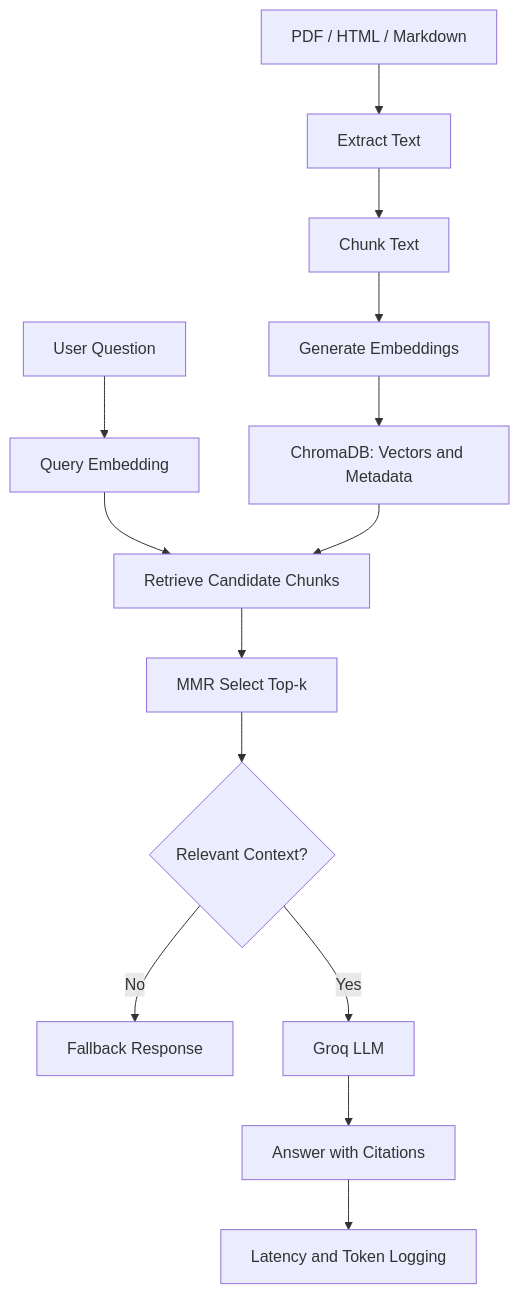
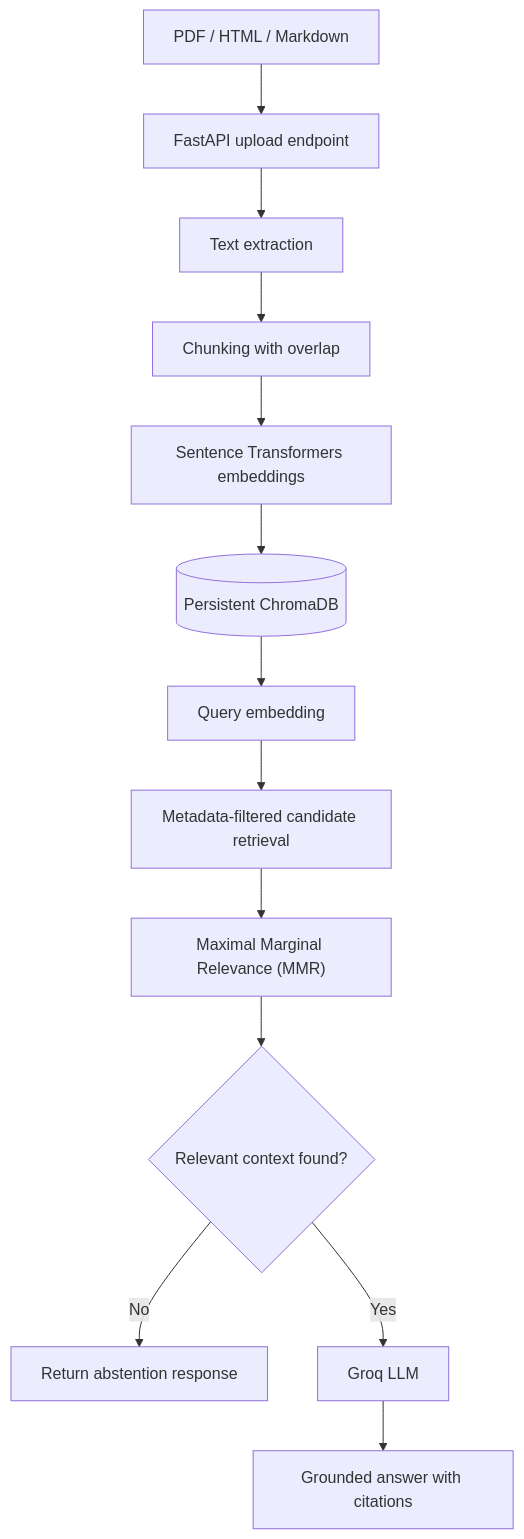
One commit to PriyanshuYadav000/cost-efficient-ragpipeline changed the diagram in README.md. Above: the diagram before and after it, drawn with Mermaid. The commit also changed other lines of this file and 5 other files, not shown here.

````diff
--- a/README.md
+++ b/README.md
@@ -34,17 +9,15 @@
 ```mermaid
 flowchart TD
-    A[PDF / HTML / Markdown] --> B[Extract Text]
-    B --> C[Chunk Text]
-    C --> D[Generate Embeddings]
-    D --> E[ChromaDB: Vectors and Metadata]
-
-    U[User Question] --> Q[Query Embedding]
-    Q --> R[Retrieve Candidate Chunks]
-    E --> R
-    R --> M[MMR Select Top-k]
-    M --> N{Relevant Context?}
-    N -->|No| F[Fallback Response]
-    N -->|Yes| L[Groq LLM]
-    L --> S[Answer with Citations]
-    S --> T[Latency and Token Logging]
+    A["PDF / HTML / Markdown"] --> B["FastAPI upload endpoint"]
+    B --> C["Text extraction"]
+    C --> D["Chunking with overlap"]
+    D --> E["Sentence Transformers embeddings"]
+    E --> F[("Persistent ChromaDB")]
+    F --> G["Query embedding"]
+    G --> H["Metadata-filtered candidate retrieval"]
+    H --> I["Maximal Marginal Relevance (MMR)"]
+    I --> J{"Relevant context found?"}
+    J -- No --> K["Return abstention response"]
+    J -- Yes --> L["Groq LLM"]
+    L --> M["Grounded answer with citations"]
 ```
````
